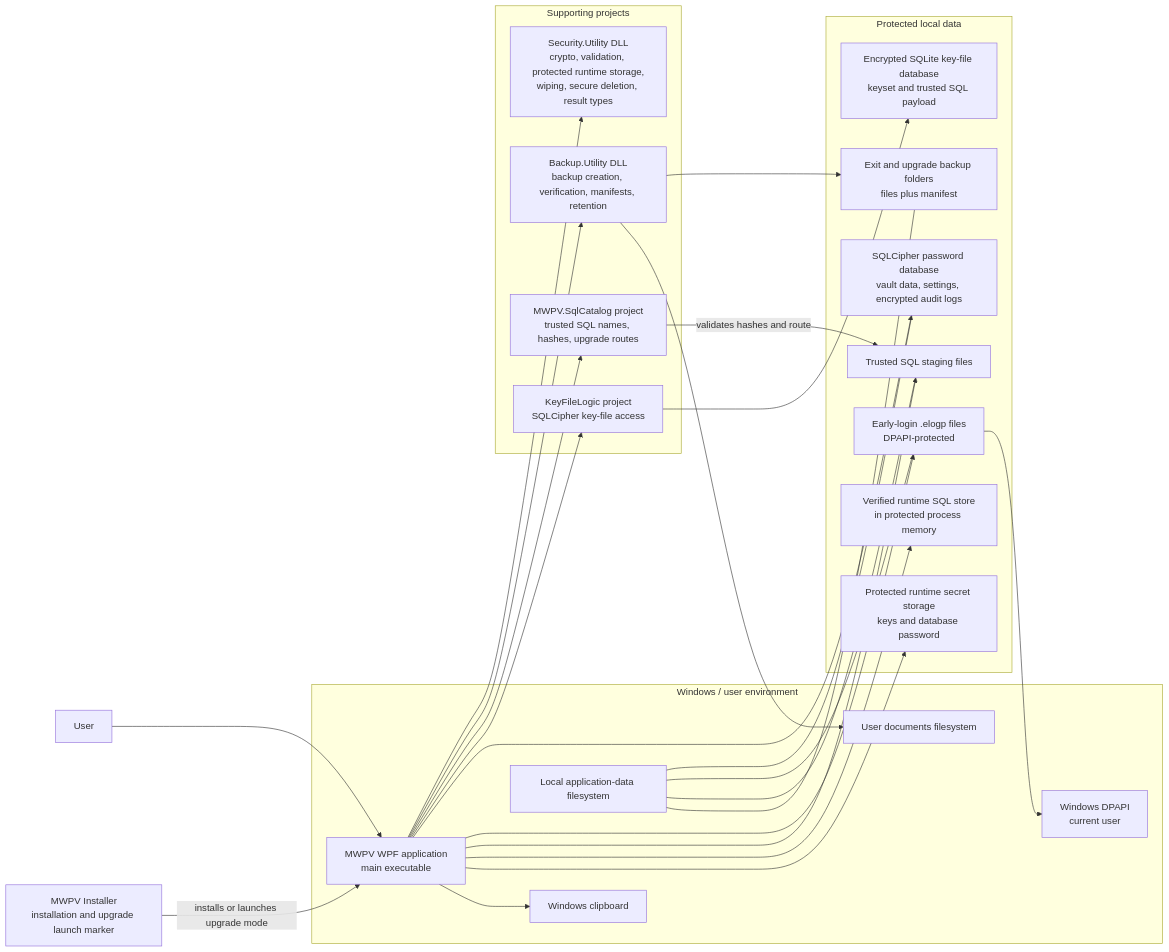
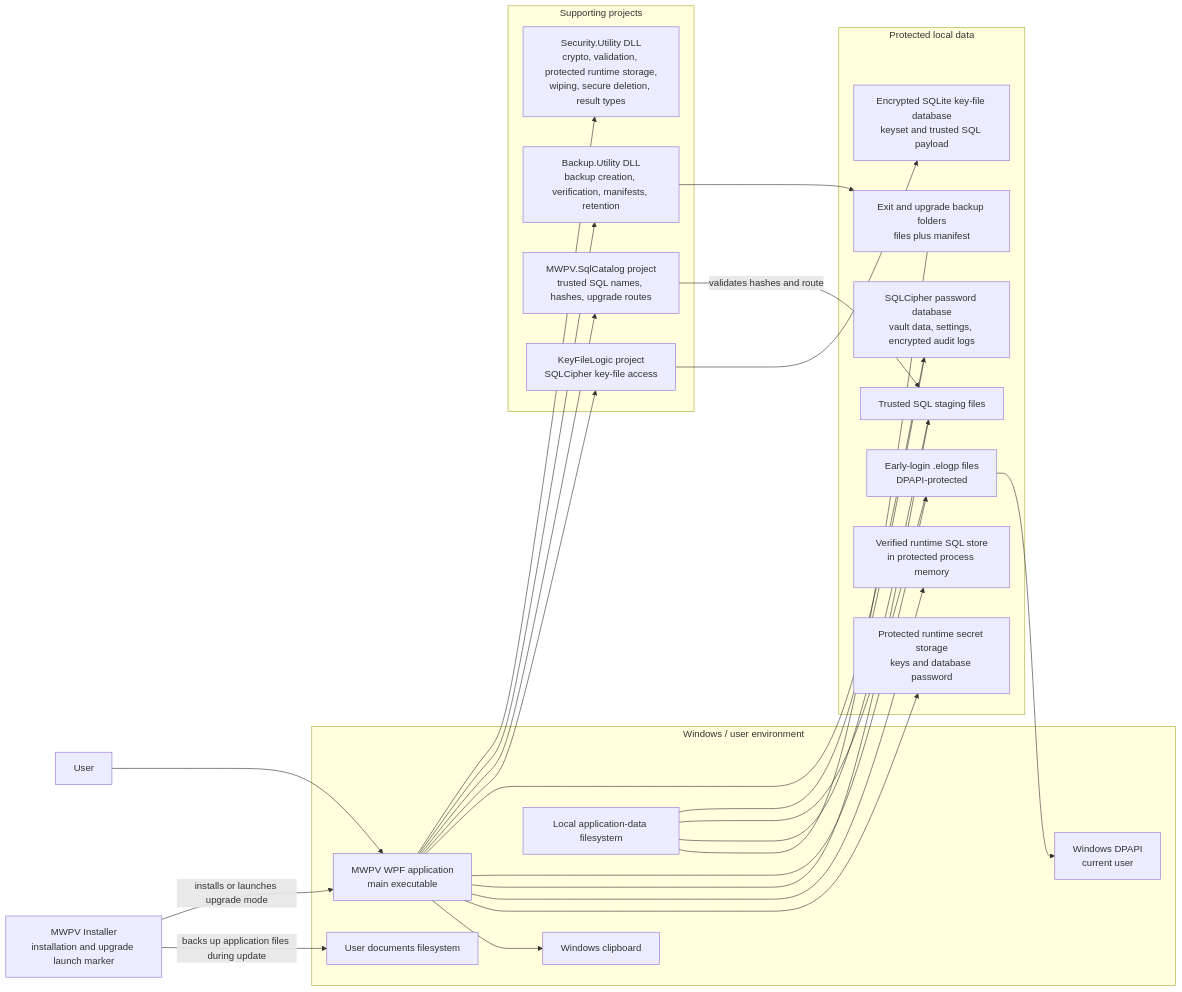
Before and after one commit to pgmrdlm/MWPV: the first of 3 diagrams in MWPV/docs/MWPV_High_Level_Flow.md, drawn with Mermaid. The commit also changed other lines of this file and 7 other files, not shown here.

````diff
--- a/MWPV/docs/MWPV_High_Level_Flow.md
+++ b/MWPV/docs/MWPV_High_Level_Flow.md
@@ -9,52 +9,52 @@
 ```mermaid
 flowchart LR
     User[User]
-    Installer["MWPV Installer\ninstallation and upgrade launch marker"]
+    Installer["MWPV Installer<br/>installation and upgrade launch marker"]
 
     subgraph Windows["Windows / user environment"]
-        WPF["MWPV WPF application\nmain executable"]
+        WPF["MWPV WPF application<br/>main executable"]
         Clipboard["Windows clipboard"]
-        DPAPI["Windows DPAPI\ncurrent user"]
+        DPAPI["Windows DPAPI<br/>current user"]
         Local["Local application-data filesystem"]
         Docs["User documents filesystem"]
     end
 
     subgraph Libraries["Supporting projects"]
-        Security["Security.Utility DLL\ncrypto, validation, protected runtime storage,\nwiping, secure deletion, result types"]
-        Backup["Backup.Utility DLL\nbackup creation, verification, manifests, retention"]
-        Catalog["MWPV.SqlCatalog project\ntrusted SQL names, hashes, upgrade routes"]
-        KeyLogic["KeyFileLogic project\nSQLCipher key-file access"]
+        Security["Security.Utility DLL<br/>crypto, validation, protected runtime storage,<br/>wiping, secure deletion, result types"]
+        Backup["Backup.Utility DLL<br/>backup creation, verification, manifests, retention"]
+        Catalog["MWPV.SqlCatalog project<br/>trusted SQL names, hashes, upgrade routes"]
+        KeyLogic["KeyFileLogic project<br/>SQLCipher key-file access"]
     end
 
     subgraph ProtectedData["Protected local data"]
-        KeyFile["Encrypted SQLite key-file database\nkeyset and trusted SQL payload"]
-        Vault["SQLCipher password database\nvault data, settings, encrypted audit logs"]
-        Early["Early-login .elogp files\nDPAPI-protected"]
+        KeyFile["Encrypted SQLite key-file database<br/>keyset and trusted SQL payload"]
+        Vault["SQLCipher password database<br/>vault data, settings, encrypted audit logs"]
+        Early["Early-login .elogp files<br/>DPAPI-protected"]
         SqlFiles["Trusted SQL staging files"]
-        RuntimeSql["Verified runtime SQL store\nin protected process memory"]
-        Secrets["Protected runtime secret storage\nkeys and database password"]
-        BackupFolders["Exit and upgrade backup folders\nfiles plus manifest"]
+        RuntimeSql["Verified runtime SQL store<br/>in protected process memory"]
+        Secrets["Protected runtime secret storage<br/>keys and database password"]
+        BackupFolders["Exit and upgrade backup folders<br/>files plus manifest"]
     end
 
     User --> WPF
     Installer -->|installs or launches upgrade mode| WPF
     WPF --> Security
     WPF --> Backup
     WPF --> Catalog
     WPF --> KeyLogic
     KeyLogic --> KeyFile
     WPF --> Vault
     WPF --> Early
     Early --> DPAPI
     WPF --> SqlFiles
     Catalog -->|validates hashes and route| SqlFiles
     WPF --> RuntimeSql
     WPF --> Secrets
     WPF --> Clipboard
     Backup --> BackupFolders
-    Backup --> Docs
+    Installer -->|backs up application files during update| Docs
     Local --- Vault
     Local --- Early
     Local --- SqlFiles
     Local --- BackupFolders
 ```
````
